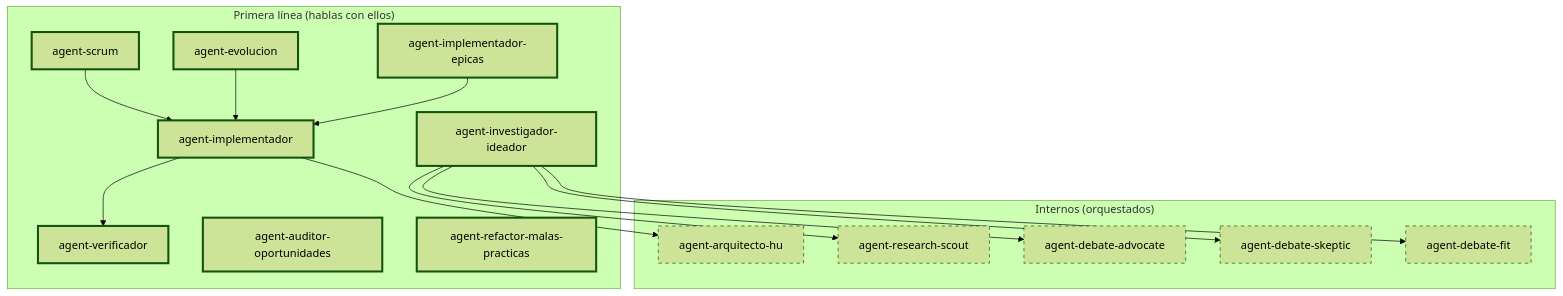
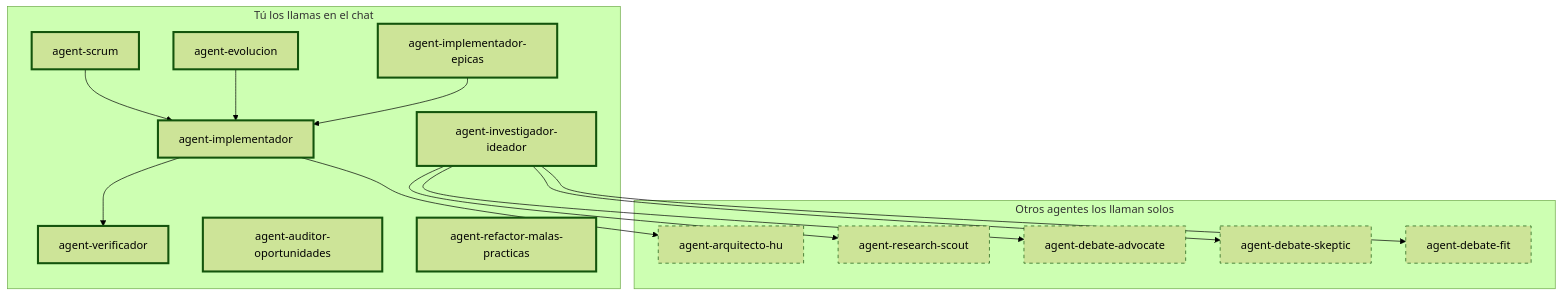
Before and after one commit to dguzmano96/scrum-dev-agents: the diagram in docs/primera-linea.md, drawn with Mermaid (forest theme). The commit also changed other lines of this file and 1 other file, not shown here.

````diff
--- a/docs/primera-linea.md
+++ b/docs/primera-linea.md
@@ -9,46 +9,46 @@
 ```mermaid
 flowchart TB
-    subgraph primera_linea["Primera línea (hablas con ellos)"]
+    subgraph primera_linea["Tú los llamas en el chat"]
         scrum["agent-scrum"]
         evolucion["agent-evolucion"]
         ideador["agent-investigador-ideador"]
         impl["agent-implementador"]
         impl_epi["agent-implementador-epicas"]
         verif["agent-verificador"]
         auditor["agent-auditor-oportunidades"]
         refactor["agent-refactor-malas-practicas"]
     end
 
-    subgraph internos["Internos (orquestados)"]
+    subgraph internos["Otros agentes los llaman solos"]
         arq["agent-arquitecto-hu"]
         scout["agent-research-scout"]
         adv["agent-debate-advocate"]
         skep["agent-debate-skeptic"]
         fit["agent-debate-fit"]
     end
 
     scrum --> impl
     evolucion --> impl
     ideador --> scout
     ideador --> adv
     ideador --> skep
     ideador --> fit
     impl_epi --> impl
     impl --> arq
     impl --> verif
 
     style scrum stroke-width:3px
     style evolucion stroke-width:3px
     style ideador stroke-width:3px
     style impl stroke-width:3px
     style impl_epi stroke-width:3px
     style verif stroke-width:3px
     style auditor stroke-width:3px
     style refactor stroke-width:3px
 
     style arq stroke-dasharray: 5 5
     style scout stroke-dasharray: 5 5
     style adv stroke-dasharray: 5 5
     style skep stroke-dasharray: 5 5
     style fit stroke-dasharray: 5 5
 ```
````
